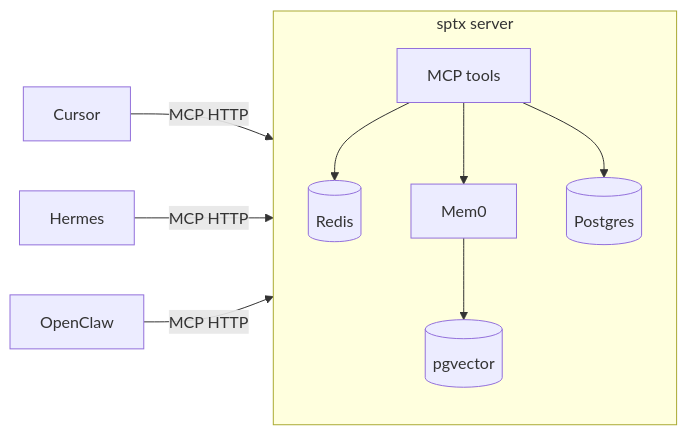
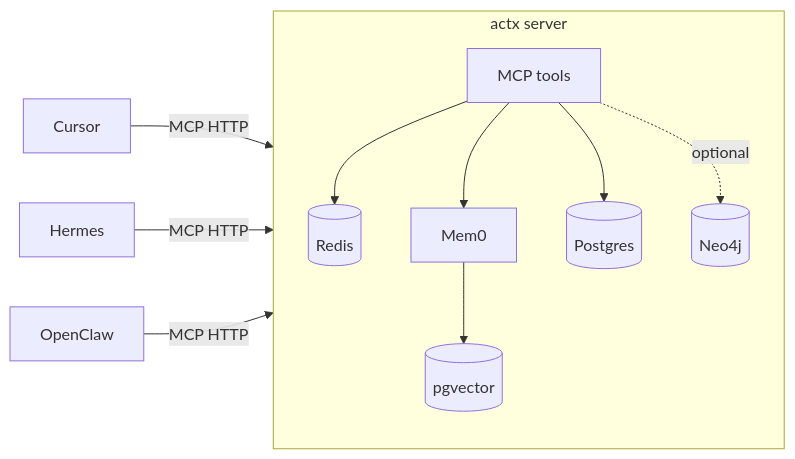
One commit to xhad/teamshared changed the diagram in README.md. Above: the diagram before and after it, drawn with Mermaid. The commit also changed other lines of this file and 80 other files, not shown here.

````diff
--- a/README.md
+++ b/README.md
@@ -24,13 +25,14 @@
 ```mermaid
 flowchart LR
-  Cursor[Cursor] -->|MCP HTTP| sptx
-  Hermes[Hermes] -->|MCP HTTP| sptx
-  OpenClaw[OpenClaw] -->|MCP HTTP| sptx
-  subgraph sptx [sptx server]
+  Cursor[Cursor] -->|MCP HTTP| actx
+  Hermes[Hermes] -->|MCP HTTP| actx
+  OpenClaw[OpenClaw] -->|MCP HTTP| actx
+  subgraph actx [actx server]
     Tools[MCP tools]
     Tools --> Working[(Redis)]
     Tools --> Mem0[Mem0]
     Tools --> Procs[(Postgres)]
+    Tools -.->|optional| Neo4j[(Neo4j)]
     Mem0 --> PG[(pgvector)]
   end
 ```
````
